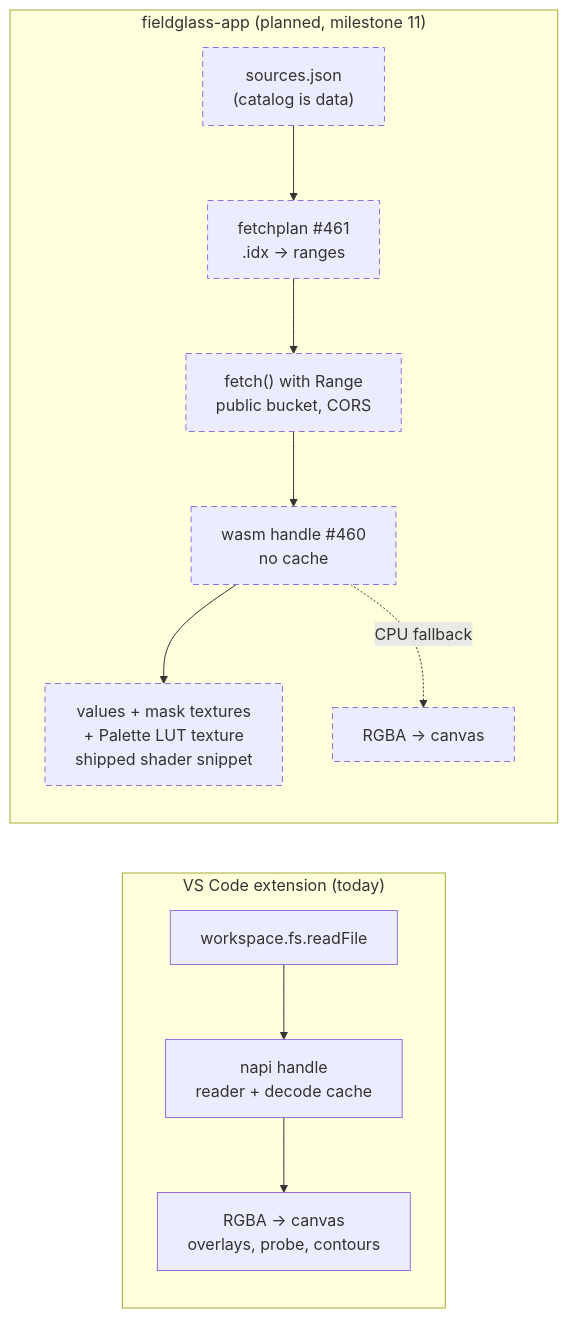
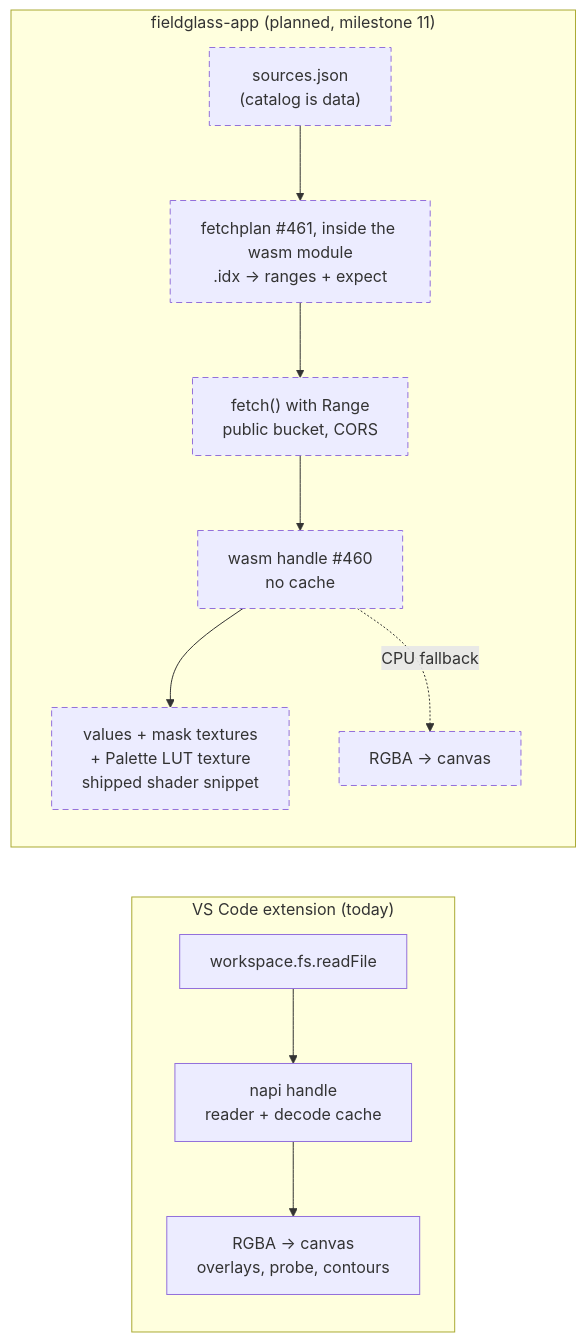
One commit to D0ubleD0uble/fieldglass changed the first of 2 diagrams in docs/architecture/planned/04-hosts.md. Above: the diagram before and after it, drawn with Mermaid. The commit also changed other lines of this file and 2 other files, not shown here.

First line of the commit message:
docs(architecture): audit every planned edge; fix direction and actor errors

````diff
--- a/docs/architecture/planned/04-hosts.md
+++ b/docs/architecture/planned/04-hosts.md
@@ -15,16 +15,16 @@
 ```mermaid
 flowchart LR
     subgraph vscode["VS Code extension (today)"]
         fs["workspace.fs.readFile"] --> nb["napi handle<br/>reader + decode cache"]
         nb --> canvas["RGBA → canvas<br/>overlays, probe, contours"]
     end
     subgraph browser["fieldglass-app (planned, milestone 11)"]
-        cat["sources.json<br/>(catalog is data)"] --> plan["fetchplan #461<br/>.idx → ranges"]
+        cat["sources.json<br/>(catalog is data)"] --> plan["fetchplan #461, inside the wasm module<br/>.idx → ranges + expect"]
         plan --> fetch["fetch() with Range<br/>public bucket, CORS"]
         fetch --> wb["wasm handle #460<br/>no cache"]
         wb --> gpu["values + mask textures<br/>+ Palette LUT texture<br/>shipped shader snippet"]
         wb -. CPU fallback .-> canvas2["RGBA → canvas"]
     end
     classDef planned stroke-dasharray: 6 4
     class cat,plan,fetch,wb,gpu,canvas2 planned
 ```
````
